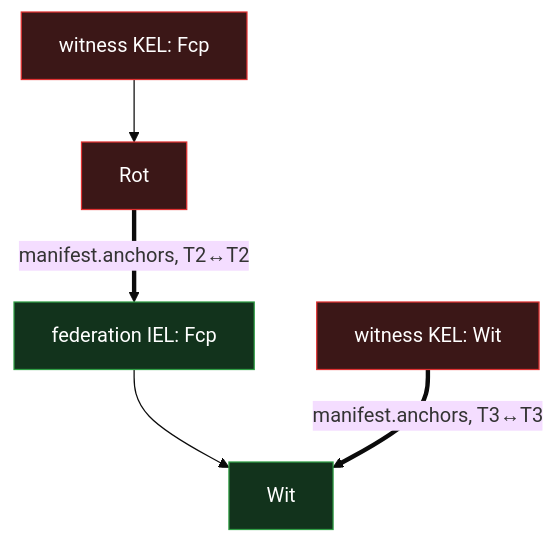
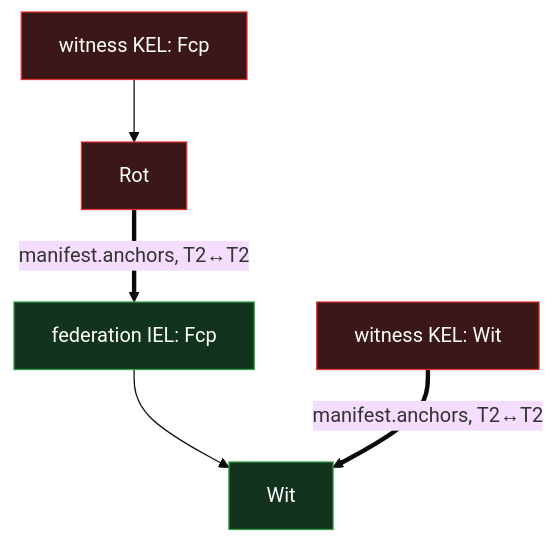
Before and after one commit to jasoncolburne/vdti: the first of 2 diagrams in docs/design/federation/bootstrap.md, drawn with Mermaid (base theme). The commit also changed other lines of this file and 3 other files, not shown here.

````diff
--- a/docs/design/federation/bootstrap.md
+++ b/docs/design/federation/bootstrap.md
@@ -17,10 +17,10 @@
 ```mermaid
 flowchart TB
   wFcp["witness KEL: Fcp"]:::kel --> wRot["Rot"]:::kel
   wWit["witness KEL: Wit"]:::kel
   fFcp["federation IEL: Fcp"]:::iel --> fWit["Wit"]:::iel
   wRot ==>|manifest.anchors, T2↔T2| fFcp
-  wWit ==>|manifest.anchors, T3↔T3| fWit
+  wWit ==>|manifest.anchors, T2↔T2| fWit
   classDef kel fill:#3b1717,stroke:#e03131,color:#fff
   classDef iel fill:#12331c,stroke:#2f9e44,color:#fff
 ```
````
